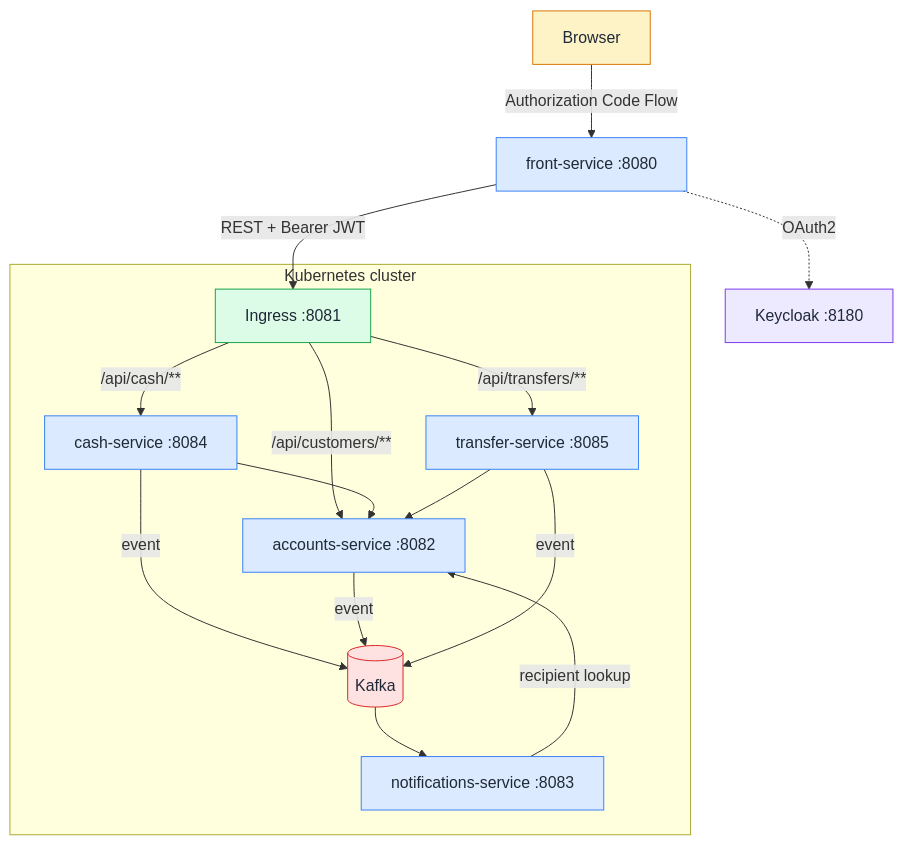
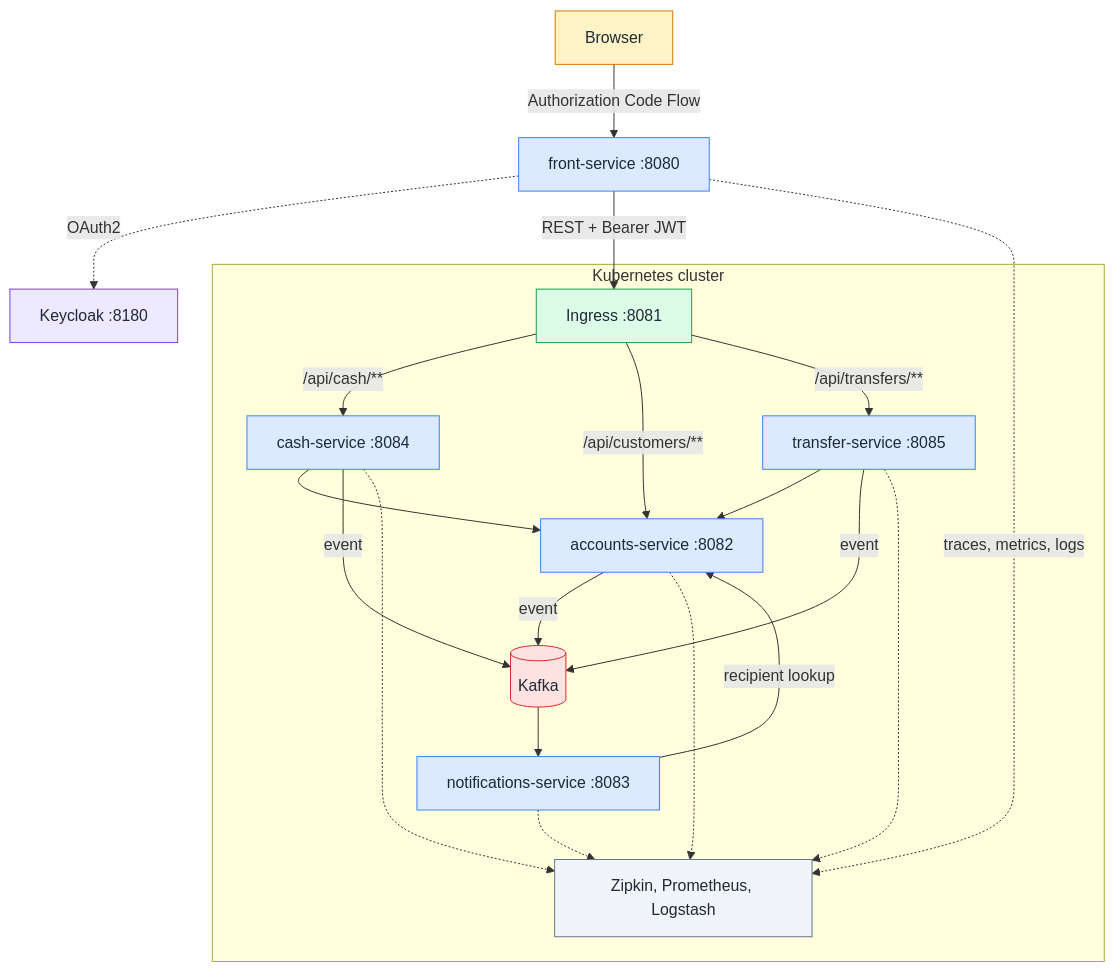
One commit to ubrnt/my-bank-app changed the first of 5 diagrams in README.md. Above: the diagram before and after it, drawn with Mermaid. The commit also changed other lines of this file, not shown here.

````diff
--- a/README.md
+++ b/README.md
@@ -103,30 +117,39 @@
 ```mermaid
 flowchart TD
     browser["Browser"] -->|"Authorization Code Flow"| front["front-service :8080"]
     front -.->|"OAuth2"| keycloak["Keycloak :8180"]
     front -->|"REST + Bearer JWT"| ingress["Ingress :8081"]
 
     subgraph cluster["Kubernetes cluster"]
         ingress -->|"/api/cash/**"| cash["cash-service :8084"]
         ingress -->|"/api/customers/**"| accounts["accounts-service :8082"]
         ingress -->|"/api/transfers/**"| transfer["transfer-service :8085"]
         cash --> accounts
         transfer --> accounts
         cash -->|"event"| kafka[("Kafka")]
         accounts -->|"event"| kafka
         transfer -->|"event"| kafka
         kafka --> notifications["notifications-service :8083"]
         notifications -->|"recipient lookup"| accounts
+
+        accounts -.-> obs["Zipkin, Prometheus, Logstash"]
+        cash -.-> obs
+        transfer -.-> obs
+        notifications -.-> obs
     end
+
+    front -.->|"traces, metrics, logs"| obs
 
     classDef client fill:#fef3c7,stroke:#d97706,color:#1f2937
     classDef service fill:#dbeafe,stroke:#3b82f6,color:#1f2937
     classDef auth fill:#ede9fe,stroke:#7c3aed,color:#1f2937
     classDef entry fill:#dcfce7,stroke:#16a34a,color:#1f2937
     classDef broker fill:#fee2e2,stroke:#dc2626,color:#1f2937
+    classDef obs fill:#f1f5f9,stroke:#64748b,color:#1f2937
+    class obs obs
     class browser client
     class front,cash,transfer,accounts,notifications service
     class kafka broker
     class keycloak auth
     class ingress entry
 ```
````
